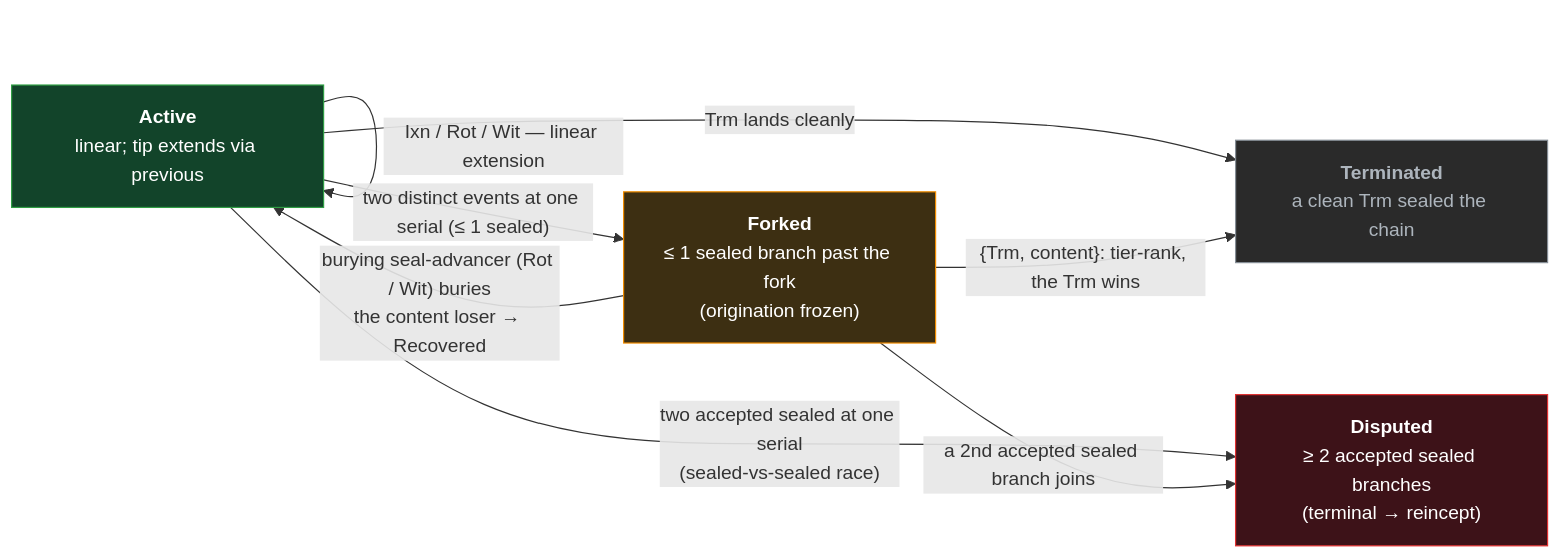
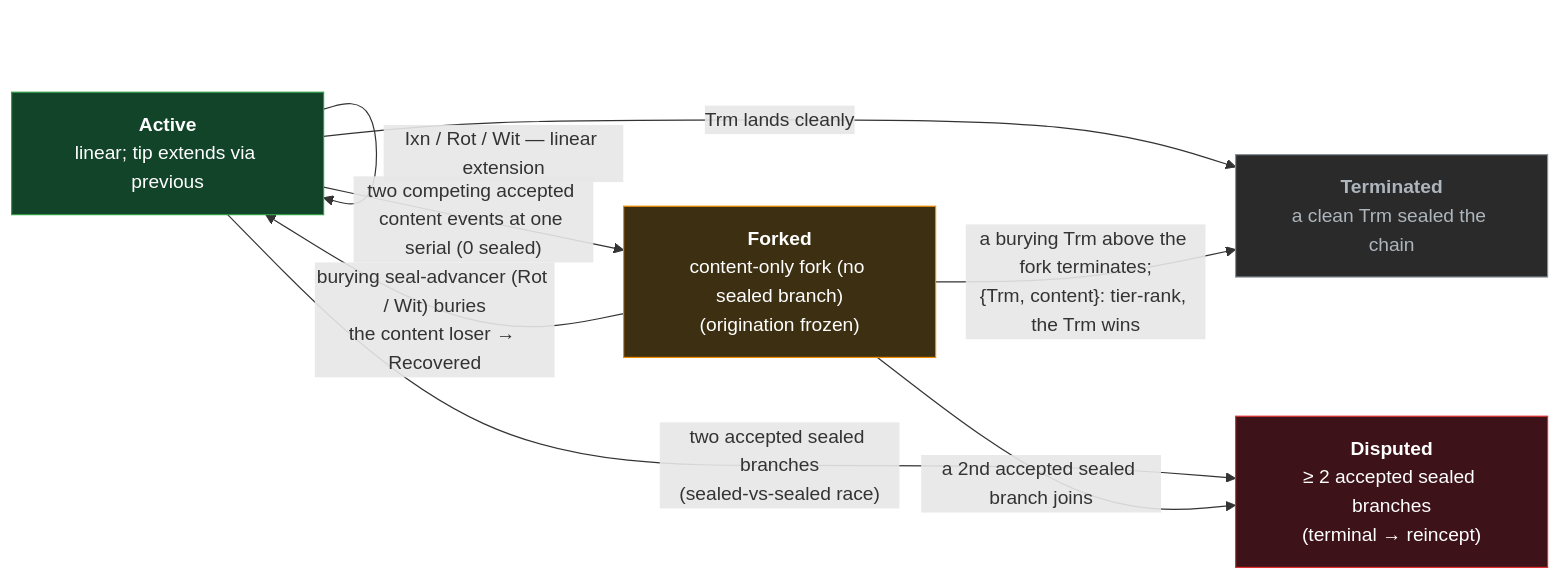
Before and after one commit to jasoncolburne/vdti: the diagram in docs/design/primitives/data/event-logs/kel/log.md, drawn with Mermaid. The commit also changed other lines of this file and 67 other files, not shown here.

````diff
--- a/docs/design/primitives/data/event-logs/kel/log.md
+++ b/docs/design/primitives/data/event-logs/kel/log.md
@@ -58,18 +59,18 @@
 ```mermaid
 flowchart LR
   Active["<b>Active</b><br/>linear; tip extends via previous"]:::good
-  Forked["<b>Forked</b><br/>≤ 1 sealed branch past the fork<br/>(origination frozen)"]:::mid
+  Forked["<b>Forked</b><br/>content-only fork (no sealed branch)<br/>(origination frozen)"]:::mid
   Disputed["<b>Disputed</b><br/>≥ 2 accepted sealed branches<br/>(terminal → reincept)"]:::bad
   Terminated["<b>Terminated</b><br/>a clean Trm sealed the chain"]:::dead
   Active -->|"Ixn / Rot / Wit — linear extension"| Active
-  Active -->|"two distinct events at one serial (≤ 1 sealed)"| Forked
-  Active -->|"two accepted sealed at one serial<br/>(sealed-vs-sealed race)"| Disputed
+  Active -->|"two competing accepted content events at one serial (0 sealed)"| Forked
+  Active -->|"two accepted sealed branches<br/>(sealed-vs-sealed race)"| Disputed
   Active -->|"Trm lands cleanly"| Terminated
   Forked -->|"burying seal-advancer (Rot / Wit) buries<br/>the content loser → Recovered"| Active
-  Forked -->|"{Trm, content}: tier-rank, the Trm wins"| Terminated
+  Forked -->|"a burying Trm above the fork terminates;<br/>{Trm, content}: tier-rank, the Trm wins"| Terminated
   Forked -->|"a 2nd accepted sealed branch joins"| Disputed
   classDef good fill:#12442a,stroke:#2f9e44,color:#fff
   classDef mid fill:#3d2f12,stroke:#f08c00,color:#fff
   classDef bad fill:#3d1218,stroke:#e03131,color:#fff
   classDef dead fill:#2a2a2a,stroke:#868e96,color:#adb5bd
 ```
````
